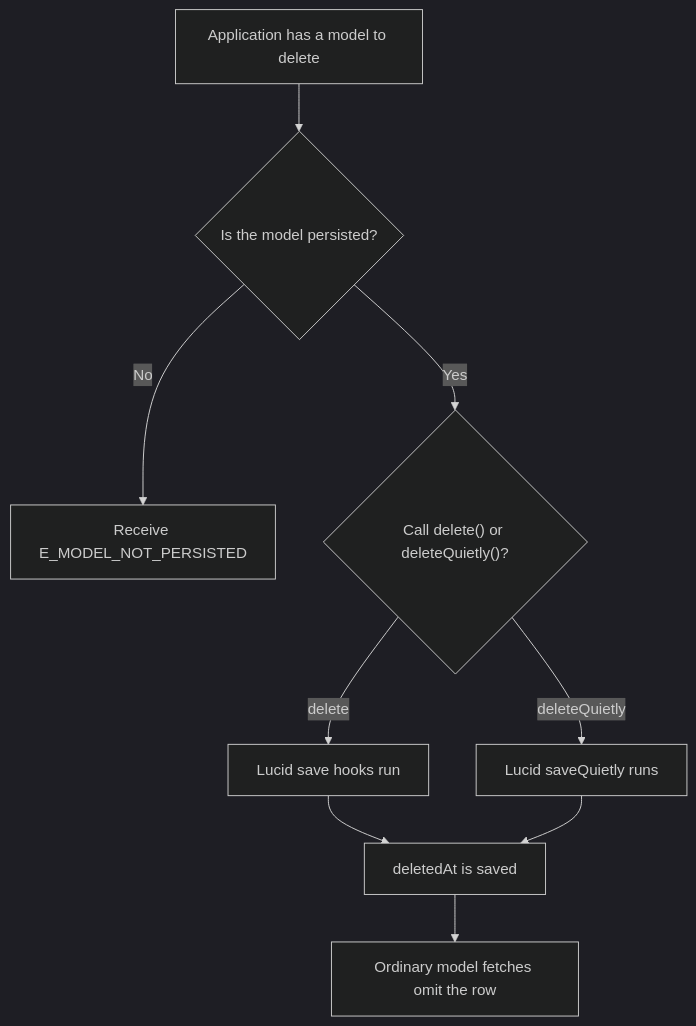
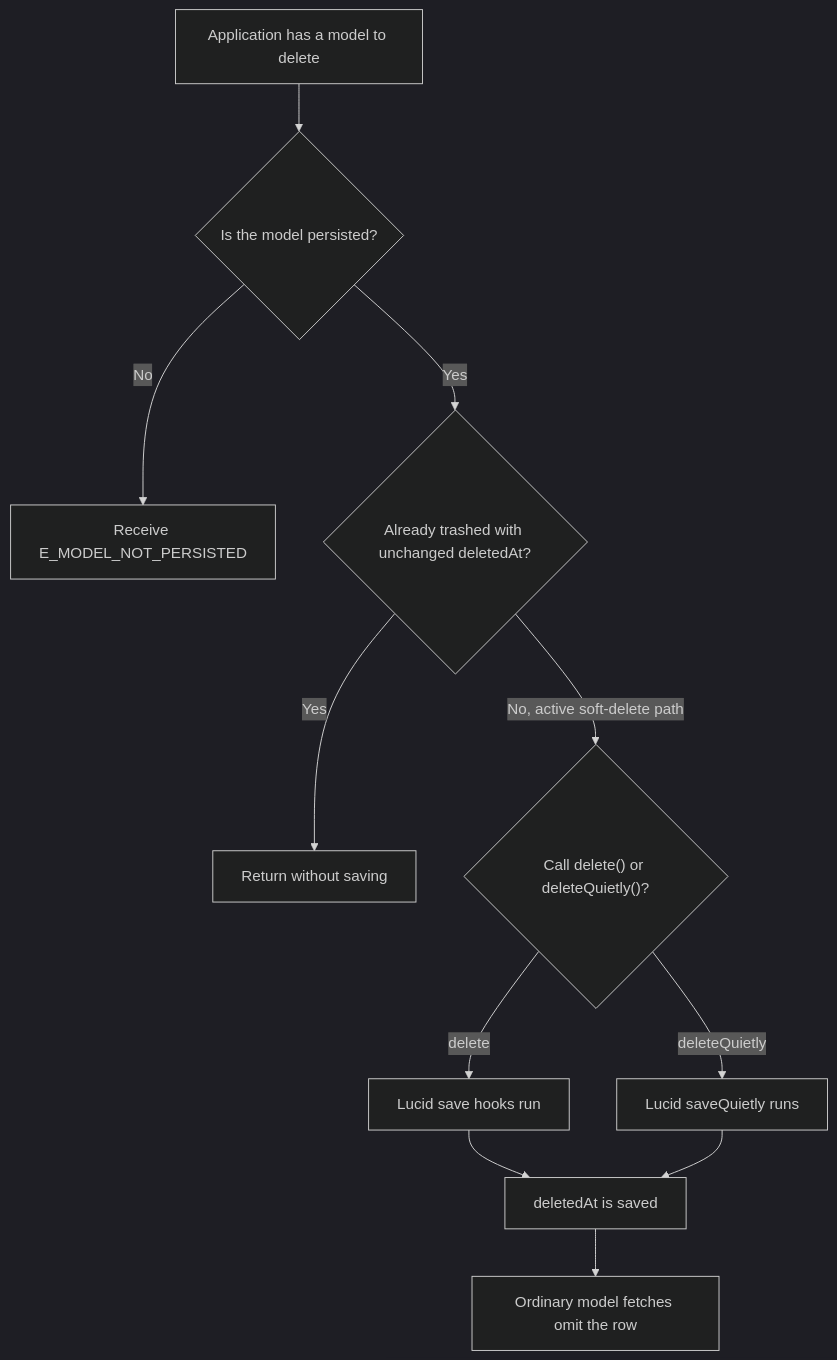
The first of 2 diagrams in user-stories/soft-delete-instance/us-app-01-soft-delete-instance.md (Kevinjohn/oss-adonisjs-lucid-soft-delete), drawn with Mermaid (dark theme) before and after one commit. The commit also changed 3 other files, not shown here.

Commit message:
docs: correct catalogue behavior and recovery flows

````diff
--- a/user-stories/soft-delete-instance/us-app-01-soft-delete-instance.md
+++ b/user-stories/soft-delete-instance/us-app-01-soft-delete-instance.md
@@ -21,11 +21,13 @@
 ```mermaid
 flowchart TD
     A["Application has a model to delete"] --> G{"Is the model persisted?"}
     G -->|No| H["Receive E_MODEL_NOT_PERSISTED"]
-    G -->|Yes| B{"Call delete() or deleteQuietly()?"}
+    G -->|Yes| I{"Already trashed with unchanged deletedAt?"}
+    I -->|Yes| J["Return without saving"]
+    I -->|No, active soft-delete path| B{"Call delete() or deleteQuietly()?"}
     B -->|delete| C["Lucid save hooks run"]
     B -->|deleteQuietly| D["Lucid saveQuietly runs"]
     C --> E["deletedAt is saved"]
     D --> E
     E --> F["Ordinary model fetches omit the row"]
 ```
````
